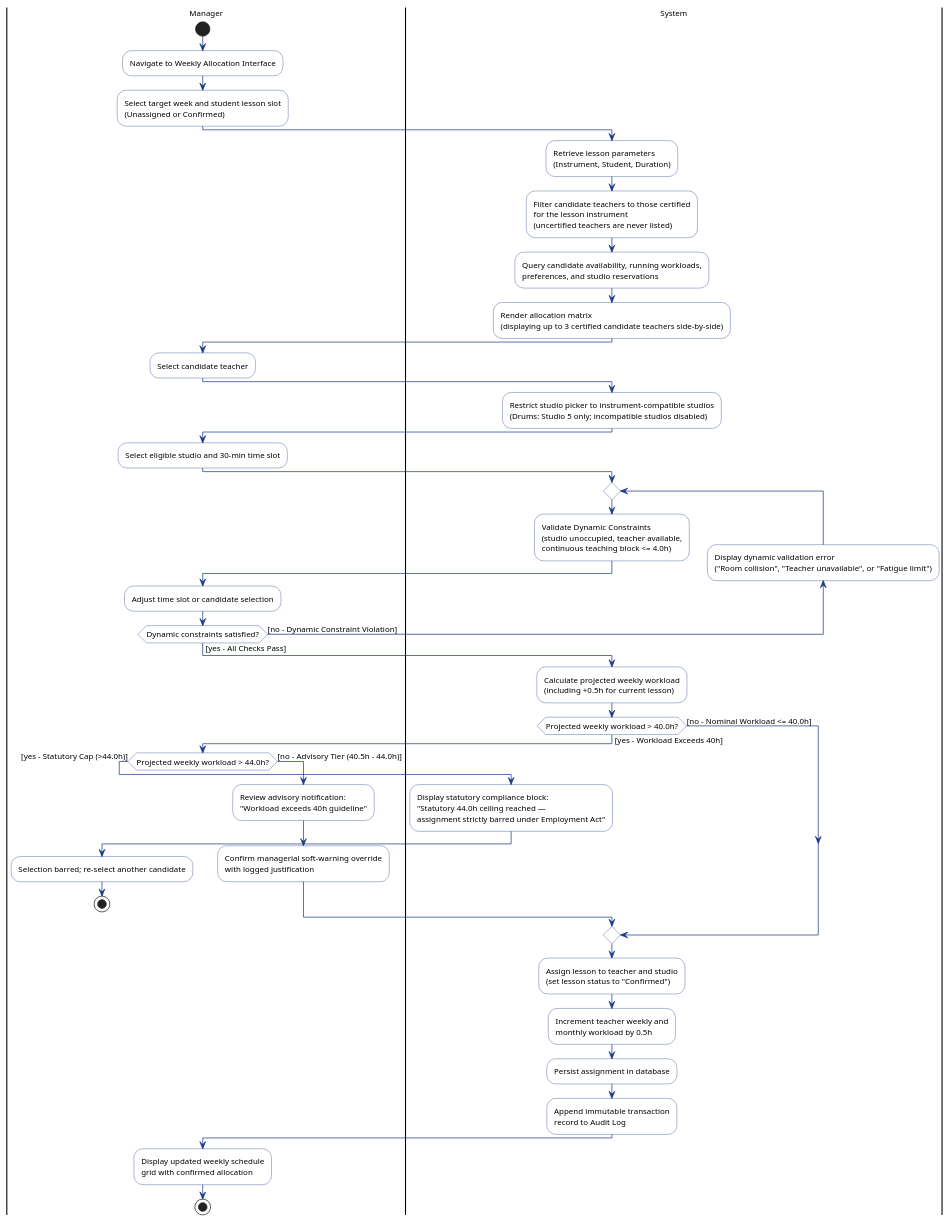
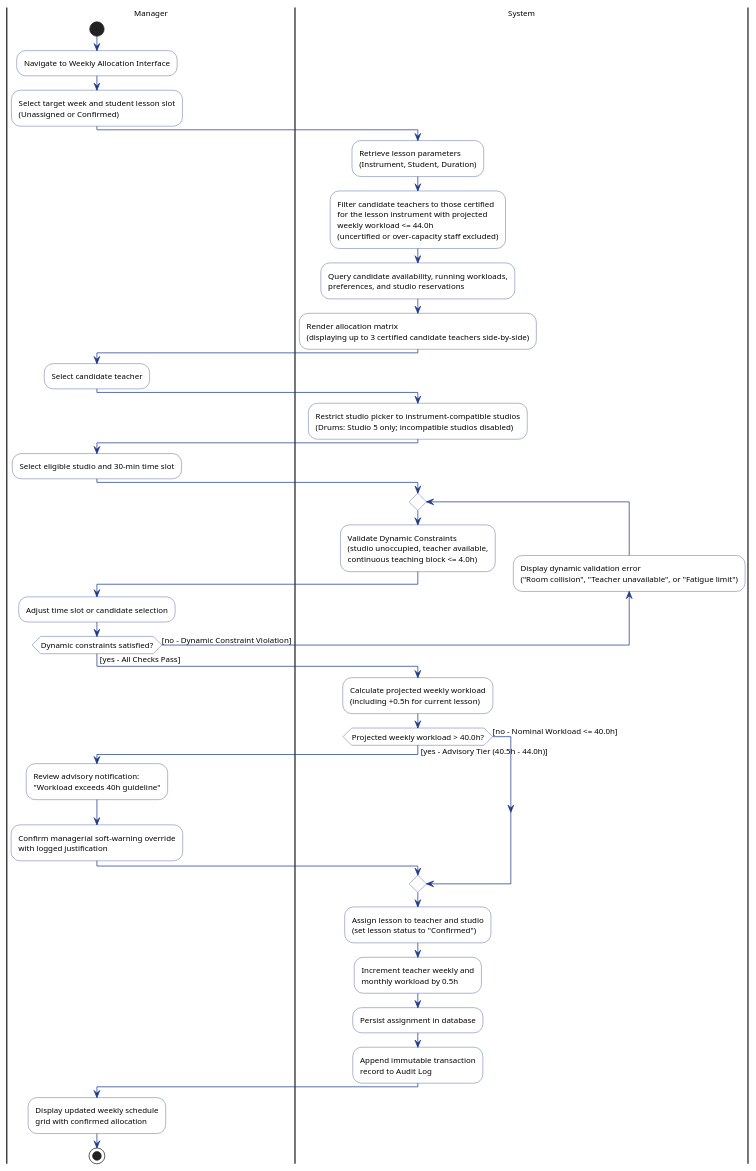
The diagram in report/assets/activity_allocation.puml (adoreblvnk/2001temp), drawn with PlantUML before and after one commit. The commit also changed 7 other files, not shown here.

First line of the commit message:
fix(allocation): pre-filter candidates by 44h ceiling upfront and remove redundant post-selection blocks

```diff
--- a/report/assets/activity_allocation.puml
+++ b/report/assets/activity_allocation.puml
@@ -1,89 +1,80 @@
 @startuml activity_allocation
 skinparam defaultFontName "Helvetica", "Arial", sans-serif
 skinparam defaultFontSize 11
 skinparam ranksep 40
 skinparam nodesep 30
 skinparam activity {
     BackgroundColor #FFFFFF
     BorderColor #1E3A8A
     ArrowColor #1E3A8A
     DiamondBorderColor #1E3A8A
     DiamondBackgroundColor #FFFFFF
 }
 
 |Manager|
 start
 :Navigate to Weekly Allocation Interface;
 :Select target week and student lesson slot
 (Unassigned or Confirmed);
 
 |System|
 :Retrieve lesson parameters
 (Instrument, Student, Duration);
 
 :Filter candidate teachers to those certified
-for the lesson instrument
-(uncertified teachers are never listed);
+for the lesson instrument with projected
+weekly workload <= 44.0h
+(uncertified or over-capacity staff excluded);
 :Query candidate availability, running workloads,
 preferences, and studio reservations;
 :Render allocation matrix
 (displaying up to 3 certified candidate teachers side-by-side);
 
 |Manager|
 :Select candidate teacher;
 
 |System|
 :Restrict studio picker to instrument-compatible studios
 (Drums: Studio 5 only; incompatible studios disabled);
 
 |Manager|
 :Select eligible studio and 30-min time slot;
 
 |System|
 repeat
     :Validate Dynamic Constraints
     (studio unoccupied, teacher available,
     continuous teaching block <= 4.0h);
     backward:Display dynamic validation error
     ("Room collision", "Teacher unavailable", or "Fatigue limit");
     |Manager|
     :Adjust time slot or candidate selection;
 repeat while (Dynamic constraints satisfied?) is ([no - Dynamic Constraint Violation]) not ([yes - All Checks Pass])
 
 |System|
 :Calculate projected weekly workload
 (including +0.5h for current lesson);
 
-if (Projected weekly workload > 40.0h?) then ([yes - Workload Exceeds 40h])
+if (Projected weekly workload > 40.0h?) then ([yes - Advisory Tier (40.5h - 44.0h)])
     |Manager|
-    if (Projected weekly workload > 44.0h?) then ([yes - Statutory Cap (>44.0h)])
-        |System|
-        :Display statutory compliance block:
-        "Statutory 44.0h ceiling reached —
-        assignment strictly barred under Employment Act";
-        |Manager|
-        :Selection barred; re-select another candidate;
-        stop
-    else ([no - Advisory Tier (40.5h - 44.0h)])
-        :Review advisory notification:
-        "Workload exceeds 40h guideline";
-        :Confirm managerial soft-warning override
-        with logged justification;
-    endif
+    :Review advisory notification:
+    "Workload exceeds 40h guideline";
+    :Confirm managerial soft-warning override
+    with logged justification;
 else ([no - Nominal Workload <= 40.0h])
 endif
 
 |System|
 :Assign lesson to teacher and studio
 (set lesson status to "Confirmed");
 :Increment teacher weekly and
 monthly workload by 0.5h;
 :Persist assignment in database;
 :Append immutable transaction
 record to Audit Log;
 
 |Manager|
 :Display updated weekly schedule
 grid with confirmed allocation;
 stop
 @enduml
```
